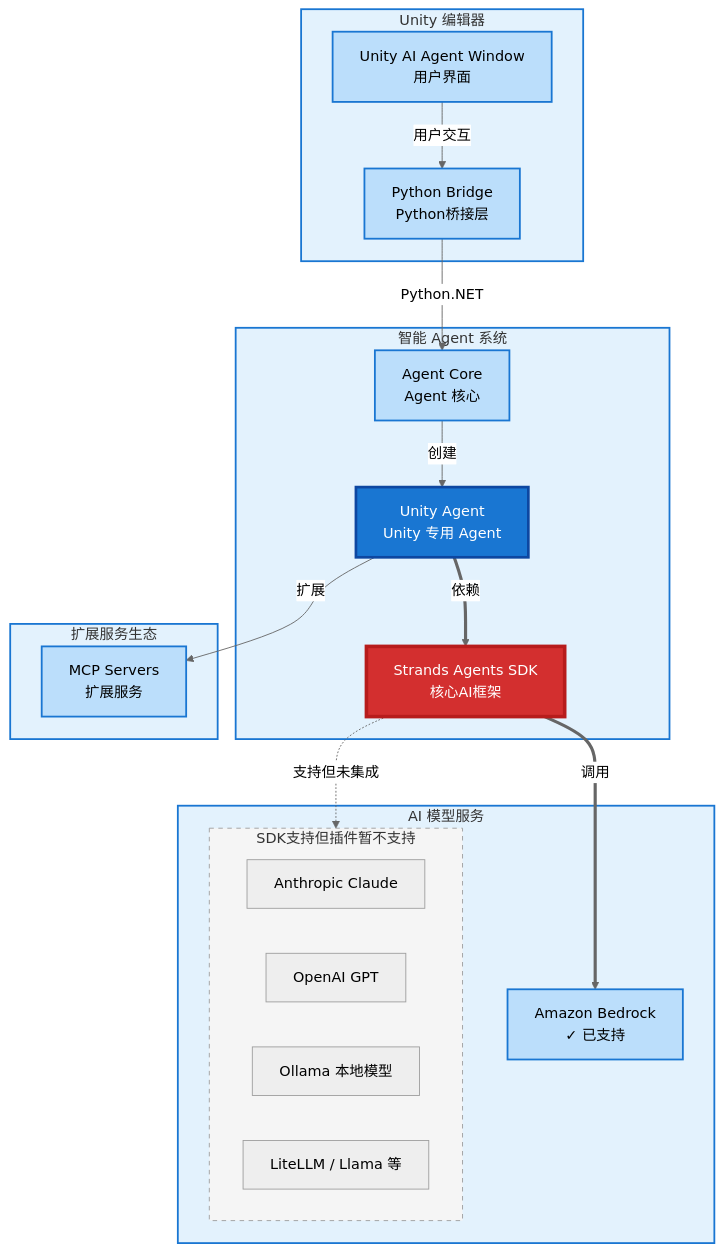
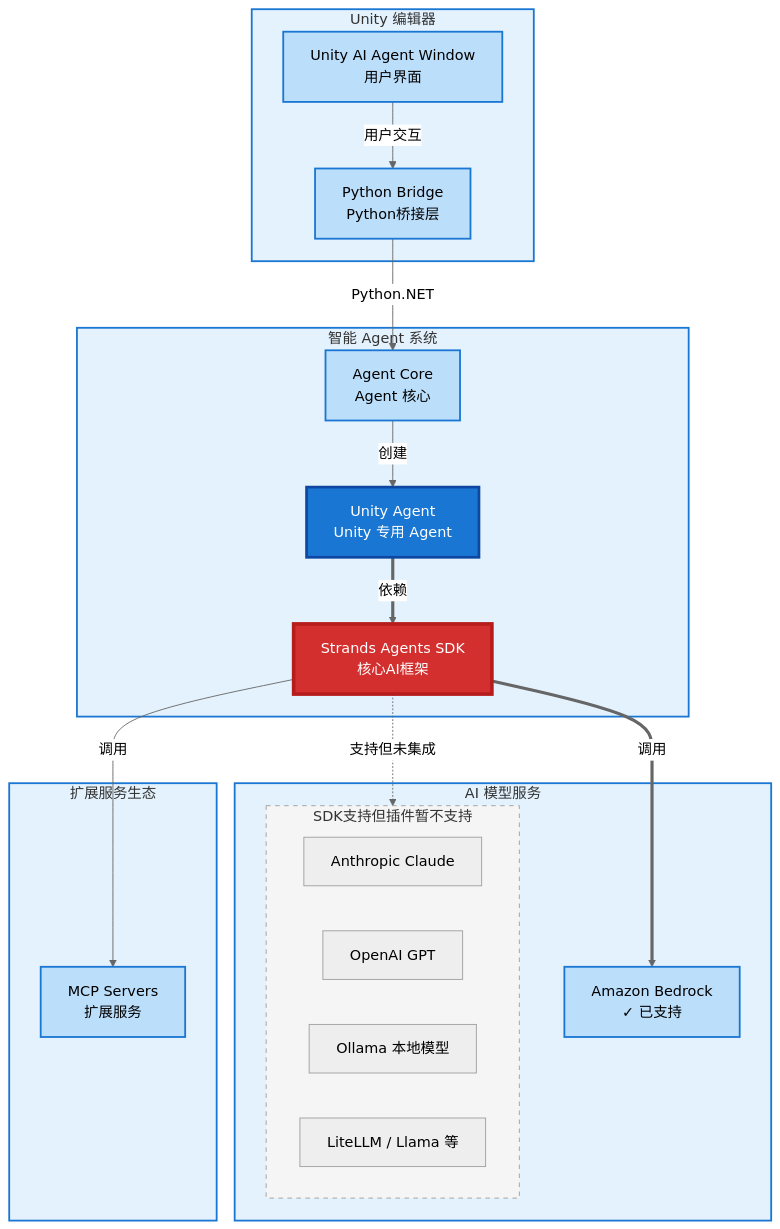
The first of 2 diagrams in README.md (ddpie/unity-strands-agent), drawn with Mermaid before and after one commit. The commit also changed other lines of this file, not shown here.

Commit message:
update README.md to correct system architecture diagram relationships
- changed the relationship from UA to MCP to reflect that SDK calls MCP instead of extending it
- ensured consistency in terminology across the architecture diagrams for better clarity

````diff
--- a/README.md
+++ b/README.md
@@ -53,61 +53,61 @@
 ```mermaid
 %%{init: {'theme':'neutral'}}%%
 graph TD
     subgraph Unity["Unity 编辑器"]
         UI[Unity AI Agent Window<br/>用户界面]
         PB[Python Bridge<br/>Python桥接层]
     end
     
     subgraph AgentPython["智能 Agent 系统"]
         AC[Agent Core<br/>Agent 核心]
         UA[Unity Agent<br/>Unity 专用 Agent]
         SDK[Strands Agents SDK<br/>核心AI框架]
     end
     
     subgraph ModelServices["AI 模型服务"]
         AWS[Amazon Bedrock<br/>✓ 已支持]
         subgraph OtherAI[SDK支持但插件暂不支持]
             ANTHROPIC[Anthropic Claude]
             OPENAI[OpenAI GPT]
             OLLAMA[Ollama 本地模型]
             OTHERS[LiteLLM / Llama 等]
         end
     end
     
     subgraph MCPServices["扩展服务生态"]
         MCP[MCP Servers<br/>扩展服务]
     end
     
     %% Connections
     UI -->|用户交互| PB
     PB -->|Python.NET| AC
     AC -->|创建| UA
     UA ==>|依赖| SDK
     SDK ==>|调用| AWS
     SDK -.->|支持但未集成| OtherAI
-    UA -->|扩展| MCP
+    SDK -->|调用| MCP
     
     %% Subgraph styles
     style Unity fill:#E3F2FD,stroke:#1976D2,stroke-width:2px
     style AgentPython fill:#E3F2FD,stroke:#1976D2,stroke-width:2px
     style ModelServices fill:#E3F2FD,stroke:#1976D2,stroke-width:2px
     style MCPServices fill:#E3F2FD,stroke:#1976D2,stroke-width:2px
     
     %% Node styles - Blue for supported features
     style UI fill:#BBDEFB,stroke:#1976D2,stroke-width:2px
     style PB fill:#BBDEFB,stroke:#1976D2,stroke-width:2px
     style AC fill:#BBDEFB,stroke:#1976D2,stroke-width:2px
     style UA fill:#1976D2,stroke:#0D47A1,stroke-width:3px,color:#FFF
     style AWS fill:#BBDEFB,stroke:#1976D2,stroke-width:2px
     style MCP fill:#BBDEFB,stroke:#1976D2,stroke-width:2px
     
     %% Core SDK - Red for emphasis
     style SDK fill:#D32F2F,stroke:#B71C1C,stroke-width:4px,color:#FFF
     
     %% Unsupported services - Gray
     style OtherAI fill:#F5F5F5,stroke:#9E9E9E,stroke-width:1px,stroke-dasharray: 5 5
     style ANTHROPIC fill:#EEEEEE,stroke:#9E9E9E,stroke-width:1px
     style OPENAI fill:#EEEEEE,stroke:#9E9E9E,stroke-width:1px
     style OLLAMA fill:#EEEEEE,stroke:#9E9E9E,stroke-width:1px
     style OTHERS fill:#EEEEEE,stroke:#9E9E9E,stroke-width:1px
 ```
````
